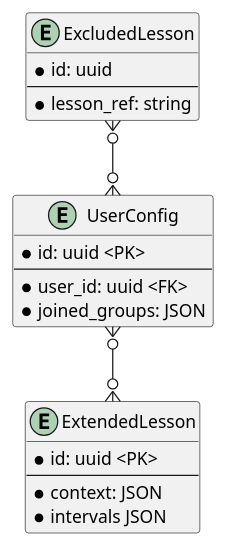
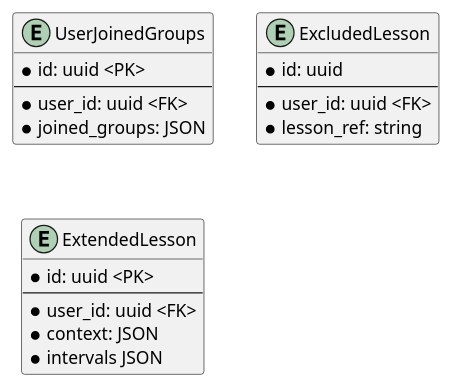
Before and after one commit to tellmeac/ExtendedSchedule: the diagram in ExtendedSchedule/docs/scheme.puml, drawn with PlantUML. The commit also changed 1 other file, not shown here.

```diff
--- a/ExtendedSchedule/docs/scheme.puml
+++ b/ExtendedSchedule/docs/scheme.puml
@@ -1,27 +1,25 @@
 @startuml EntityDiagram
 
-entity UserConfig {
+entity UserJoinedGroups {
     * id: uuid <PK>
     --
     * user_id: uuid <FK>
     * joined_groups: JSON
 }
 
 entity ExcludedLesson {
     * id: uuid
     --
+    * user_id: uuid <FK>
     * lesson_ref: string
 }
-
-ExcludedLesson }o--o{ UserConfig
 
 entity ExtendedLesson {
     * id: uuid <PK>
     --
+    * user_id: uuid <FK>
     * context: JSON
     * intervals JSON
 }
 
-UserConfig }o--o{ ExtendedLesson 
-
 @enduml
```
